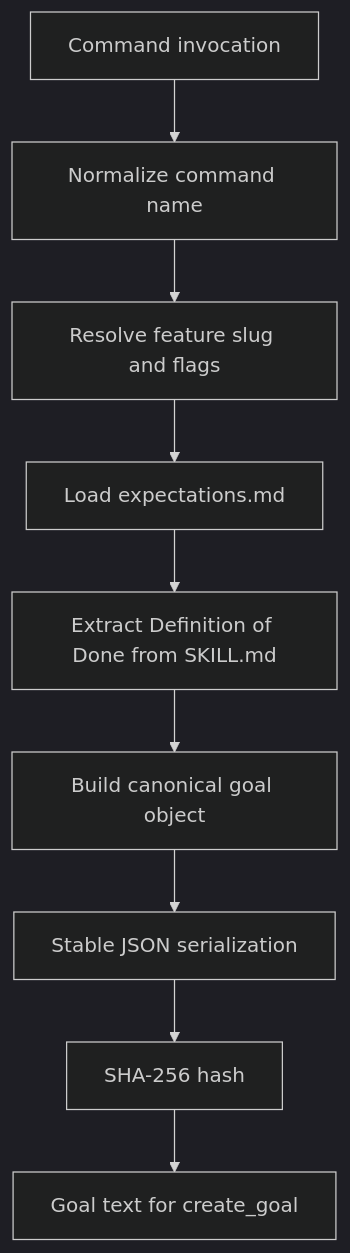
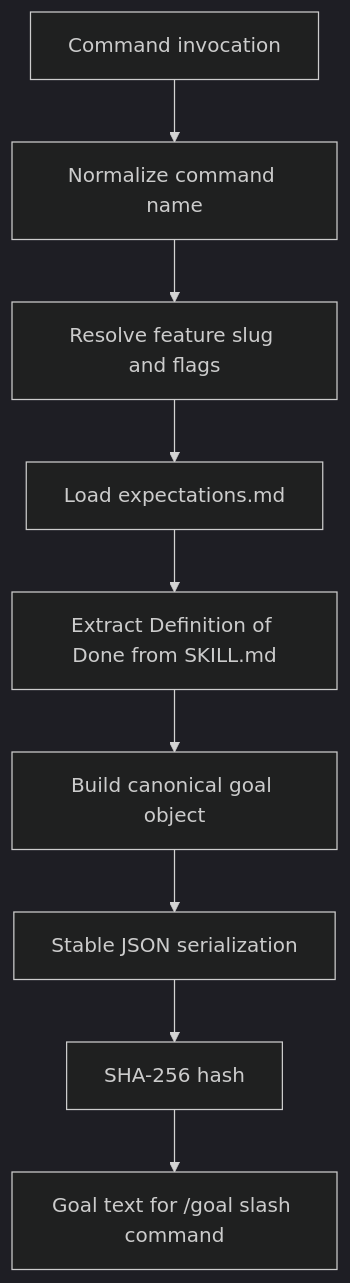
Before and after one commit to julien-m/livespec: the first of 4 diagrams in .specs/features/052-deterministic-command-goal-contracts/spec.md, drawn with Mermaid (dark theme). The commit also changed other lines of this file and 5 other files, not shown here.

First line of the commit message:
fix(052): remove phantom update_goal/create_goal API calls — /goal slash command only

````diff
--- a/.specs/features/052-deterministic-command-goal-contracts/spec.md
+++ b/.specs/features/052-deterministic-command-goal-contracts/spec.md
@@ -46,11 +46,11 @@
 ```mermaid
 flowchart TD
     A[Command invocation] --> B[Normalize command name]
     B --> C[Resolve feature slug and flags]
     C --> D[Load expectations.md]
     D --> E[Extract Definition of Done from SKILL.md]
     E --> F[Build canonical goal object]
     F --> G[Stable JSON serialization]
     G --> H[SHA-256 hash]
-    H --> I[Goal text for create_goal]
+    H --> I[Goal text for /goal slash command]
 ```
````
